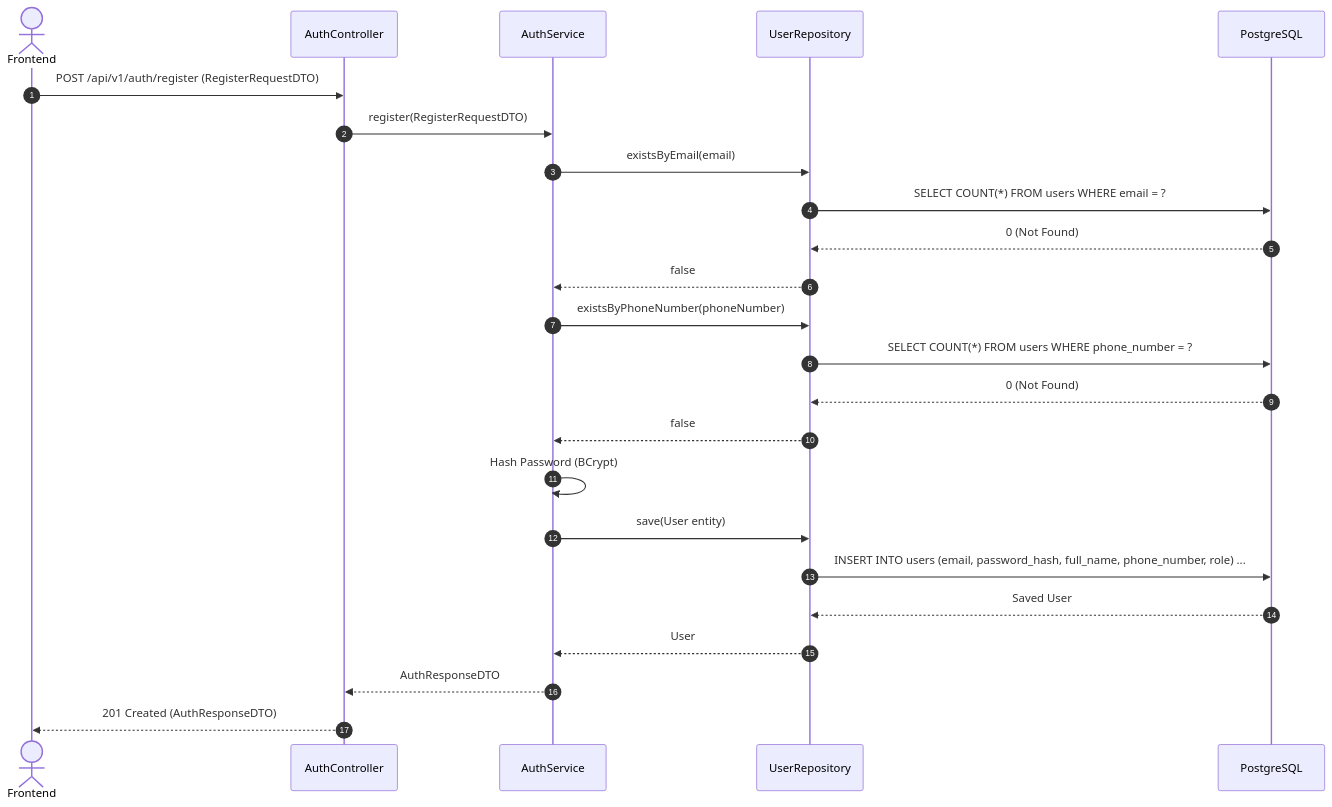
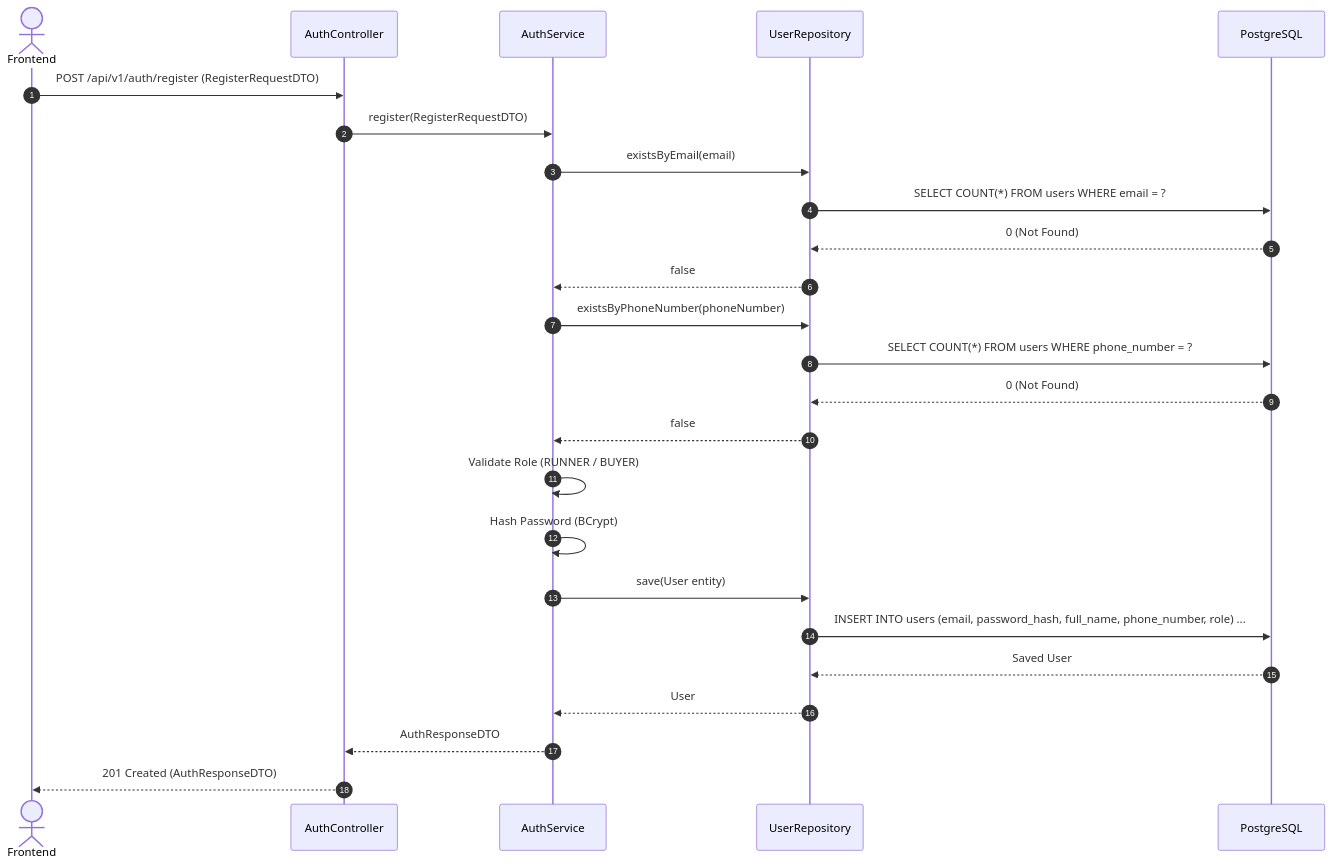
The sixth of 7 diagrams in docs/task-04/README.md (BlackyB0o/CS261_650001_group5), drawn with Mermaid before and after one commit. The commit also changed other lines of this file, not shown here.

Commit message:
docs: finalize task 04 identifier login and role selection

````diff
--- a/docs/task-04/README.md
+++ b/docs/task-04/README.md
@@ -264,27 +267,28 @@
 ```mermaid
 sequenceDiagram
     autonumber
     actor Client as Frontend
     participant Controller as AuthController
     participant Service as AuthService
     participant DAO as UserRepository
     participant DB as PostgreSQL
 
     Client->>Controller: POST /api/v1/auth/register (RegisterRequestDTO)
     Controller->>Service: register(RegisterRequestDTO)
     Service->>DAO: existsByEmail(email)
     DAO->>DB: SELECT COUNT(*) FROM users WHERE email = ?
     DB-->>DAO: 0 (Not Found)
     DAO-->>Service: false
     Service->>DAO: existsByPhoneNumber(phoneNumber)
     DAO->>DB: SELECT COUNT(*) FROM users WHERE phone_number = ?
     DB-->>DAO: 0 (Not Found)
     DAO-->>Service: false
+    Service->>Service: Validate Role (RUNNER / BUYER)
     Service->>Service: Hash Password (BCrypt)
     Service->>DAO: save(User entity)
     DAO->>DB: INSERT INTO users (email, password_hash, full_name, phone_number, role) ...
     DB-->>DAO: Saved User
     DAO-->>Service: User
     Service-->>Controller: AuthResponseDTO
     Controller-->>Client: 201 Created (AuthResponseDTO)
 ```
````
